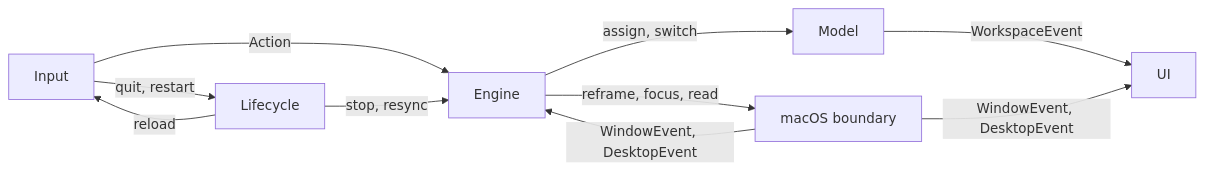
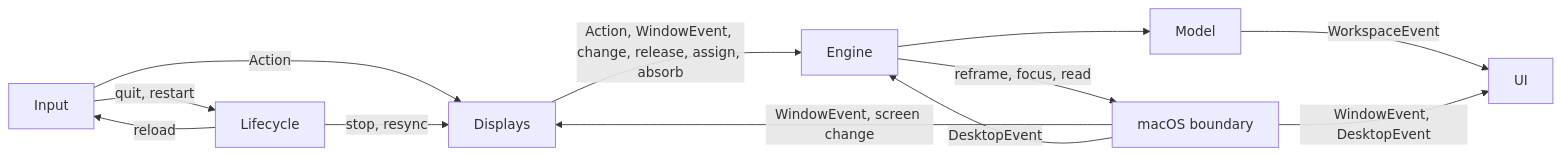
Before and after one commit to brennovich/ottowm: the third of 25 diagrams in ARCHITECTURE.md, drawn with Mermaid. The commit also changed other lines of this file and 71 other files, not shown here.

````diff
--- a/ARCHITECTURE.md
+++ b/ARCHITECTURE.md
@@ -56,12 +58,14 @@
 ```mermaid
 flowchart LR
-    Input -->|Action| Engine
+    Input -->|Action| Displays
     Input -->|quit, restart| Lifecycle
     Lifecycle -->|reload| Input
-    Lifecycle -->|stop, resync| Engine
-    macOS["macOS boundary"] -->|WindowEvent, DesktopEvent| Engine
+    Lifecycle -->|stop, resync| Displays
+    macOS["macOS boundary"] -->|WindowEvent, screen change| Displays
+    Displays -->|"Action, WindowEvent, change, release, assign, absorb"| Engine
+    macOS -->|DesktopEvent| Engine
     Engine -->|reframe, focus, read| macOS
-    Engine -->|assign, switch| Model
+    Engine --> Model
     Model -->|WorkspaceEvent| UI
     macOS -->|WindowEvent, DesktopEvent| UI
 ```
````
